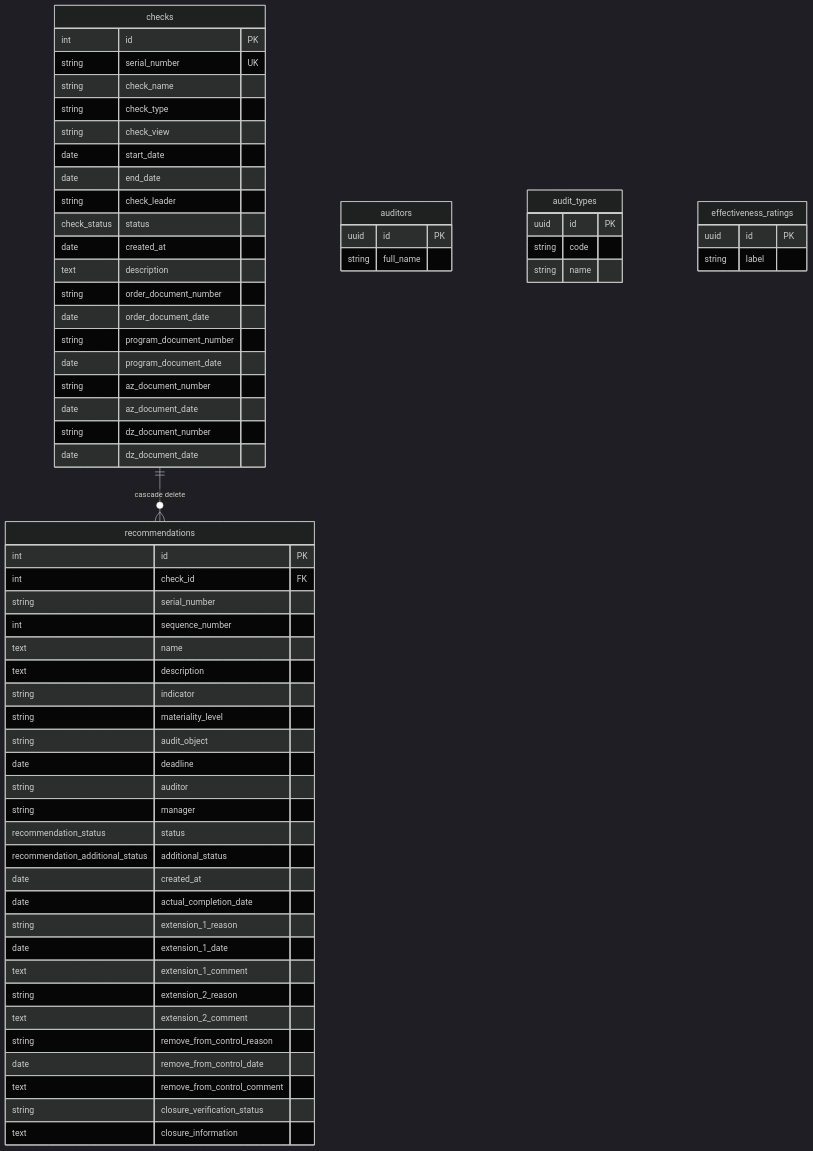
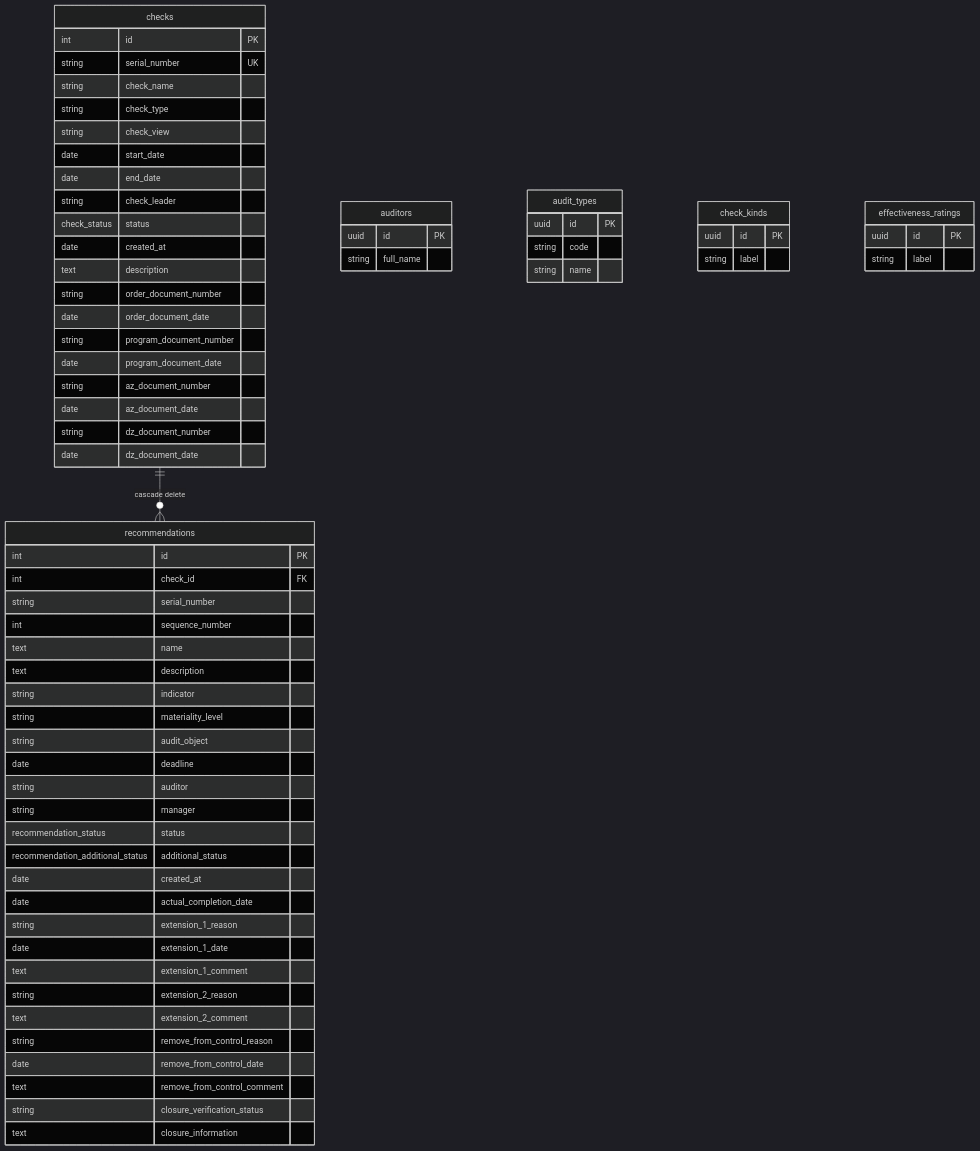
The diagram in sokol-backend/docs/DATA_AND_DB.md (sweetd0vee/sokol), drawn with Mermaid (dark theme) before and after one commit. The commit also changed other lines of this file and 23 other files, not shown here.

````diff
--- a/sokol-backend/docs/DATA_AND_DB.md
+++ b/sokol-backend/docs/DATA_AND_DB.md
@@ -18,71 +18,76 @@
 ```mermaid
 erDiagram
   checks ||--o{ recommendations : "cascade delete"
 
   checks {
     int id PK
     string serial_number UK
     string check_name
     string check_type
     string check_view
     date start_date
     date end_date
     string check_leader
     check_status status
     date created_at
     text description
     string order_document_number
     date order_document_date
     string program_document_number
     date program_document_date
     string az_document_number
     date az_document_date
     string dz_document_number
     date dz_document_date
   }
 
   recommendations {
     int id PK
     int check_id FK
     string serial_number
     int sequence_number
     text name
     text description
     string indicator
     string materiality_level
     string audit_object
     date deadline
     string auditor
     string manager
     recommendation_status status
     recommendation_additional_status additional_status
     date created_at
     date actual_completion_date
     string extension_1_reason
     date extension_1_date
     text extension_1_comment
     string extension_2_reason
     text extension_2_comment
     string remove_from_control_reason
     date remove_from_control_date
     text remove_from_control_comment
     string closure_verification_status
     text closure_information
   }
 
   auditors {
     uuid id PK
     string full_name
   }
 
   audit_types {
     uuid id PK
     string code
     string name
   }
 
+  check_kinds {
+    uuid id PK
+    string label
+  }
+
   effectiveness_ratings {
     uuid id PK
     string label
   }
 ```
````
